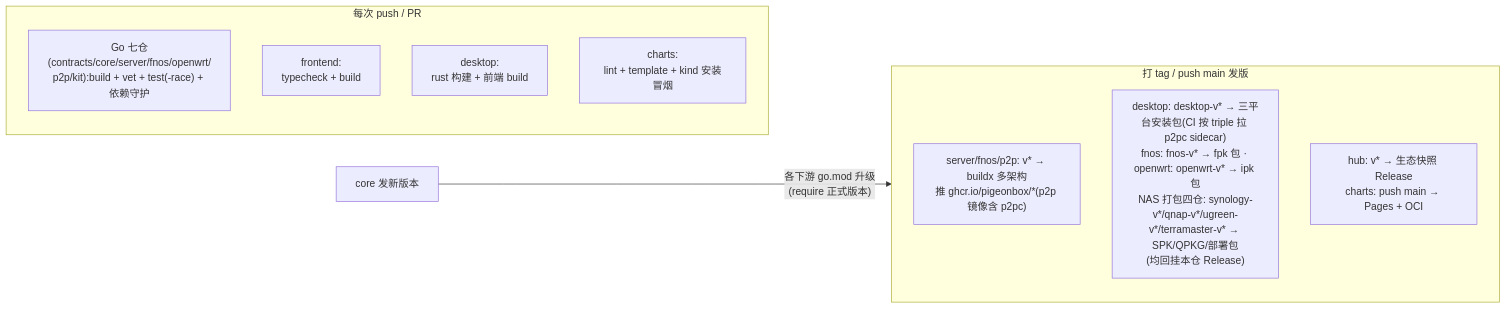
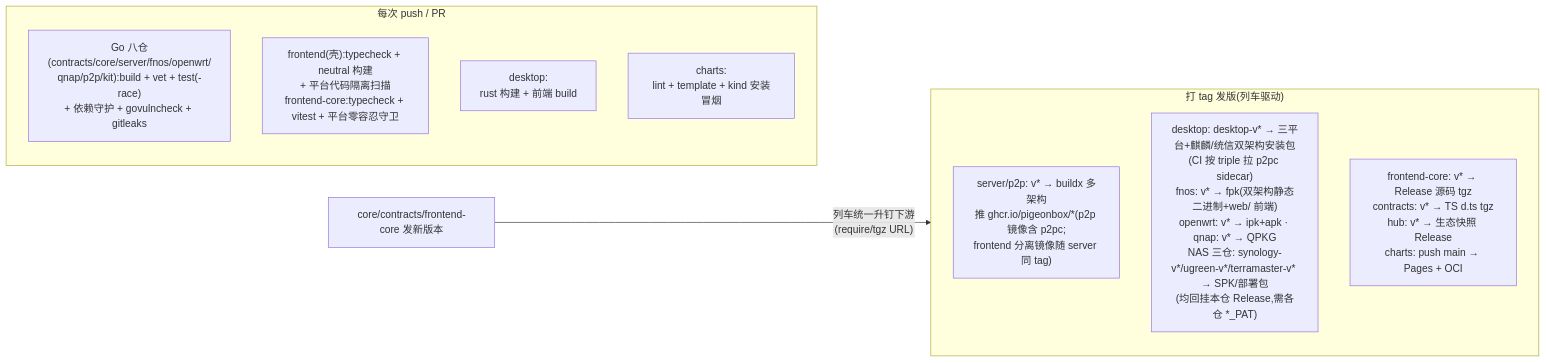
One commit to filescodebox/FilesCodeBox changed the tenth of 10 diagrams in docs/architecture.md. Above: the diagram before and after it, drawn with Mermaid. The commit also changed other lines of this file, not shown here.

Commit message:
docs(architecture): 文档对码 2026-10-10——生态全景/依赖图对齐前端拆仓与 NAS 原生形态(qnap/fnos),版本对齐 1.15.0 列车;core 分层 request 域 IDL 化收编;p2p 协议 v4 数据流;fnOS 原生进程形态重画;部署对比增 qnap 列;发布流水线改发布列车叙事;修 5.2 引用块误入 mermaid 围栏

````diff
--- a/docs/architecture.md
+++ b/docs/architecture.md
@@ -306,15 +328,15 @@
 ```mermaid
 flowchart LR
     subgraph PR["每次 push / PR"]
-        GO["Go 七仓(contracts/core/server/fnos/openwrt/<br/>p2p/kit):build + vet + test(-race) + 依赖守护"]
-        FECI["frontend:<br/>typecheck + build"]
+        GO["Go 八仓(contracts/core/server/fnos/openwrt/<br/>qnap/p2p/kit):build + vet + test(-race)<br/>+ 依赖守护 + govulncheck + gitleaks"]
+        FECI["frontend(壳):typecheck + neutral 构建<br/>+ 平台代码隔离扫描<br/>frontend-core:typecheck + vitest + 平台零容忍守卫"]
         DSK["desktop:<br/>rust 构建 + 前端 build"]
         CHT["charts:<br/>lint + template + kind 安装冒烟"]
     end
-    subgraph REL["打 tag / push main 发版"]
-        IMG["server/fnos/p2p: v* → buildx 多架构<br/>推 ghcr.io/pigeonbox/*(p2p 镜像含 p2pc)"]
-        BIN["desktop: desktop-v* → 三平台安装包(CI 按 triple 拉 p2pc sidecar)<br/>fnos: fnos-v* → fpk 包 · openwrt: openwrt-v* → ipk 包<br/>NAS 打包四仓: synology-v*/qnap-v*/ugreen-v*/terramaster-v* → SPK/QPKG/部署包<br/>(均回挂本仓 Release)"]
-        PUB["hub: v* → 生态快照 Release<br/>charts: push main → Pages + OCI"]
+    subgraph REL["打 tag 发版(列车驱动)"]
+        IMG["server/p2p: v* → buildx 多架构<br/>推 ghcr.io/pigeonbox/*(p2p 镜像含 p2pc;<br/>frontend 分离镜像随 server 同 tag)"]
+        BIN["desktop: desktop-v* → 三平台+麒麟/统信双架构安装包<br/>(CI 按 triple 拉 p2pc sidecar)<br/>fnos: v* → fpk(双架构静态二进制+web/ 前端)<br/>openwrt: v* → ipk+apk · qnap: v* → QPKG<br/>NAS 三仓: synology-v*/ugreen-v*/terramaster-v* → SPK/部署包<br/>(均回挂本仓 Release,需各仓 *_PAT)"]
+        PUB["frontend-core: v* → Release 源码 tgz<br/>contracts: v* → TS d.ts tgz<br/>hub: v* → 生态快照 Release<br/>charts: push main → Pages + OCI"]
     end
-    COREDEV["core 发新版本"] -->|"各下游 go.mod 升级<br/>(require 正式版本)"| REL
+    COREDEV["core/contracts/frontend-core 发新版本"] -->|"列车统一升钉下游<br/>(require/tgz URL)"| REL
 ```
````
